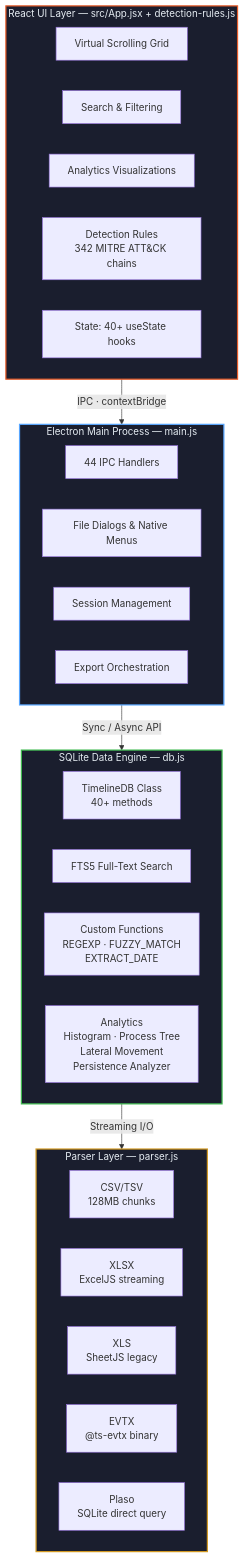
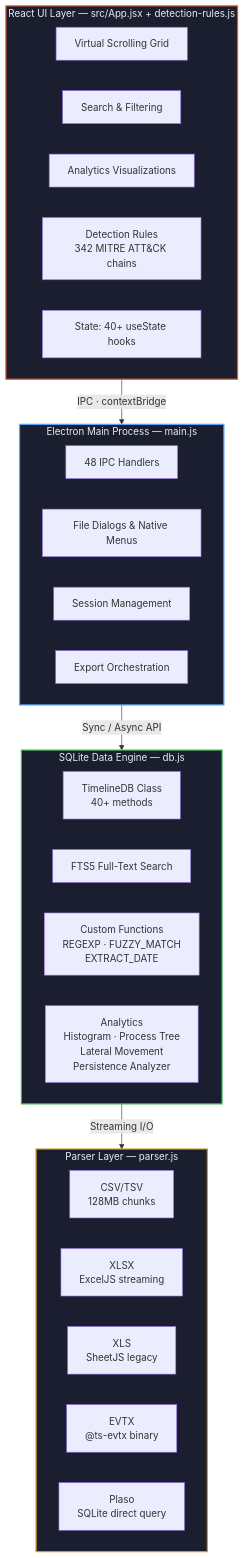
One commit to r3nzsec/irflow-timeline changed the diagram in docs/about/architecture.md. Above: the diagram before and after it, drawn with Mermaid. The commit also changed other lines of this file and 5 other files, not shown here.

````diff
--- a/docs/about/architecture.md
+++ b/docs/about/architecture.md
@@ -7,45 +7,45 @@
 ```mermaid
 graph TB
     subgraph Renderer["React UI Layer — src/App.jsx + detection-rules.js"]
         direction LR
         Grid["Virtual Scrolling Grid"]
         Search["Search & Filtering"]
         Analytics["Analytics Visualizations"]
         Rules["Detection Rules\n342 MITRE ATT&CK chains"]
         State["State: 40+ useState hooks"]
     end
 
     subgraph Main["Electron Main Process — main.js"]
         direction LR
-        IPC_H["44 IPC Handlers"]
+        IPC_H["48 IPC Handlers"]
         Dialogs["File Dialogs & Native Menus"]
         Session["Session Management"]
         Export["Export Orchestration"]
     end
 
     subgraph DB["SQLite Data Engine — db.js"]
         direction LR
         TDB["TimelineDB Class\n40+ methods"]
         FTS["FTS5 Full-Text Search"]
         Funcs["Custom Functions\nREGEXP · FUZZY_MATCH\nEXTRACT_DATE"]
         Analyze["Analytics\nHistogram · Process Tree\nLateral Movement\nPersistence Analyzer"]
     end
 
     subgraph Parser["Parser Layer — parser.js"]
         direction LR
         CSV["CSV/TSV\n128MB chunks"]
         XLSX["XLSX\nExcelJS streaming"]
         XLS["XLS\nSheetJS legacy"]
         EVTX["EVTX\n@ts-evtx binary"]
         Plaso["Plaso\nSQLite direct query"]
     end
 
     Renderer -->|"IPC · contextBridge"| Main
     Main -->|"Sync / Async API"| DB
     DB -->|"Streaming I/O"| Parser
 
     style Renderer fill:#1a1e2e,stroke:#E85D2A,stroke-width:2px,color:#e6edf3
     style Main fill:#1a1e2e,stroke:#58a6ff,stroke-width:2px,color:#e6edf3
     style DB fill:#1a1e2e,stroke:#3fb950,stroke-width:2px,color:#e6edf3
     style Parser fill:#1a1e2e,stroke:#d29922,stroke-width:2px,color:#e6edf3
 ```
````
